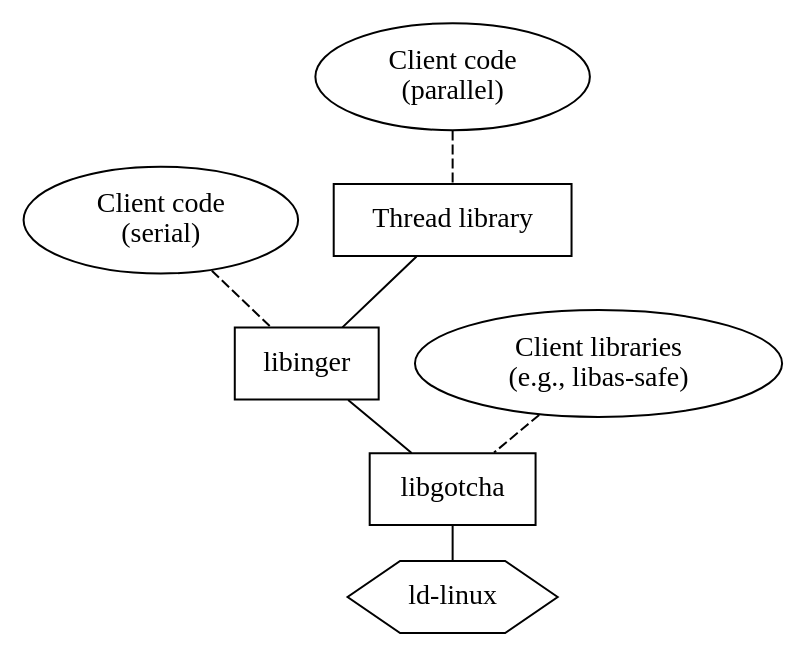
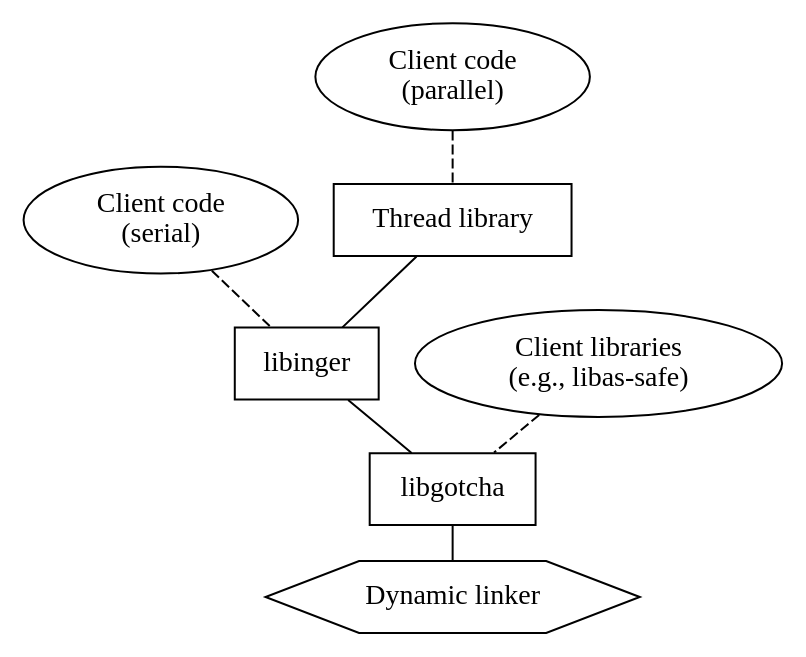
The diagram in figs/architecture.dot (solb/thesis), drawn with Graphviz before and after one commit. The commit also changed 2 other files, not shown here.

```diff
--- a/figs/architecture.dot
+++ b/figs/architecture.dot
@@ -1,33 +1,33 @@
 strict graph {
 	ranksep=0.25;
 
 	{
 		node [shape=oval];
 
 		serialclient [label="Client code\n(serial)"];
 		parallelclient [label="Client code\n(parallel)"];
 		libassafe [label="Client libraries\n(e.g., libas-safe)"];
 	}
 
 	{
 		node [shape=box];
 
 		threadlib [label="Thread library"];
 		libinger;
 		libgotcha;
 	}
 
-	rtld [shape=hexagon,label="ld-linux"];
+	rtld [shape=hexagon,label="Dynamic linker"];
 
 	threadlib -- libinger;
 	libinger -- libgotcha;
 	libgotcha -- rtld;
 
 	{
 		edge [style=dashed];
 
 		serialclient -- libinger;
 		parallelclient -- threadlib;
 		libassafe -- libgotcha;
 	}
 }
```
